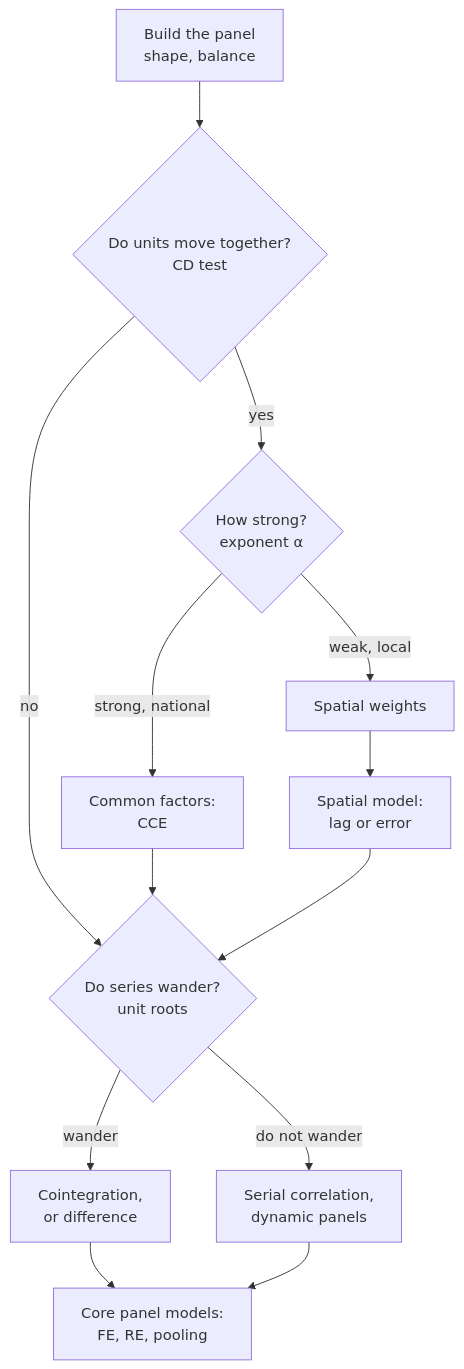
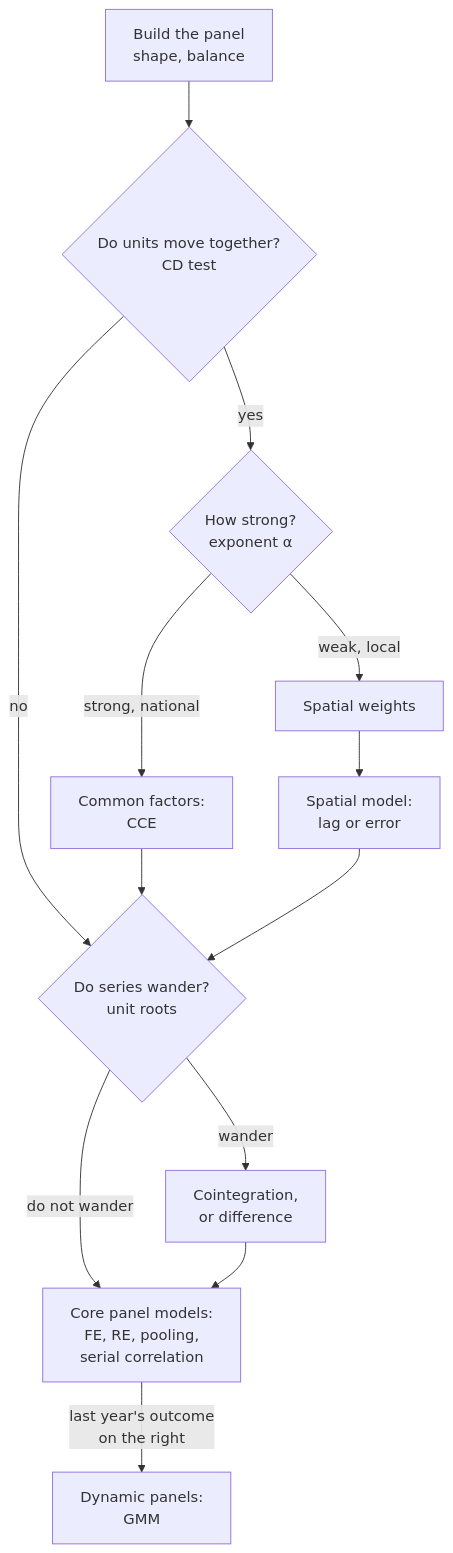
The diagram in chapters/00-road-map/index.qmd (EBukin/metrics-masters), drawn with Mermaid before and after one commit. The commit also changed other lines of this file and 6 other files, not shown here.

Commit message:
Point the road map and the spatial chapter at the core and dynamic steps

````diff
--- a/chapters/00-road-map/index.qmd
+++ b/chapters/00-road-map/index.qmd
@@ -70,16 +70,16 @@
 ```{mermaid}
 flowchart TD
   P["Build the panel<br/>shape, balance"]
   P --> CD{"Do units move together?<br/>CD test"}
   CD -->|"no"| UR{"Do series wander?<br/>unit roots"}
   CD -->|"yes"| A{"How strong?<br/>exponent α"}
   A -->|"strong, national"| CF["Common factors:<br/>CCE"]
   A -->|"weak, local"| W["Spatial weights"]
   W --> SM["Spatial model:<br/>lag or error"]
   CF --> UR
   SM --> UR
   UR -->|"wander"| CO["Cointegration,<br/>or difference"]
-  UR -->|"do not wander"| SC["Serial correlation,<br/>dynamic panels"]
-  CO --> CORE["Core panel models:<br/>FE, RE, pooling"]
-  SC --> CORE
+  UR -->|"do not wander"| CORE["Core panel models:<br/>FE, RE, pooling,<br/>serial correlation"]
+  CO --> CORE
+  CORE -->|"last year's outcome<br/>on the right"| DYN["Dynamic panels:<br/>GMM"]
 ```
````
